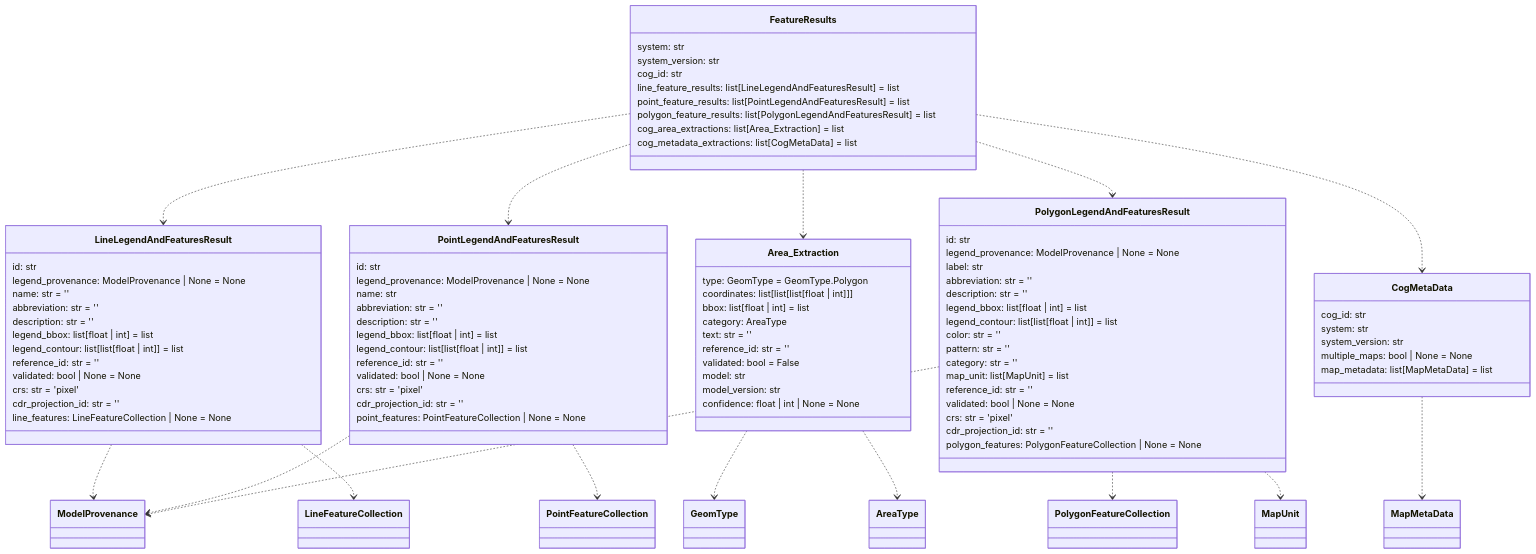
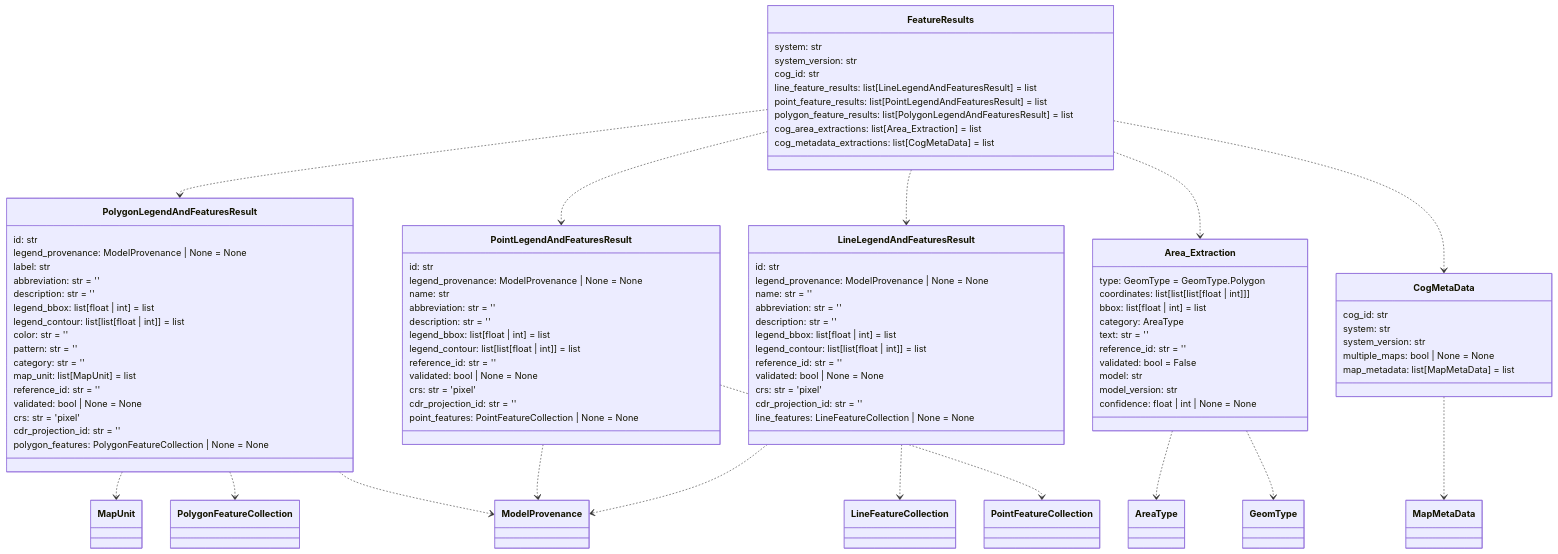
Before and after one commit to DARPA-CRITICALMAAS/cdr_schemas: the fourth of 14 diagrams in README.md, drawn with Mermaid. The commit also changed other lines of this file and 1 other file, not shown here.

````diff
--- a/README.md
+++ b/README.md
@@ -258,48 +258,5 @@
 ```mermaid
 classDiagram
-
-    class LineLegendAndFeaturesResult {
-        id: str
-        legend_provenance: ModelProvenance | None = None
-        name: str = ''
-        abbreviation: str = ''
-        description: str = ''
-        legend_bbox: list[float | int] = list
-        legend_contour: list[list[float | int]] = list
-        reference_id: str = ''
-        validated: bool | None = None
-        crs: str = 'pixel'
-        cdr_projection_id: str = ''
-        line_features: LineFeatureCollection | None = None
-    }
-
-    class Area_Extraction {
-        type: GeomType = GeomType.Polygon
-        coordinates: list[list[list[float | int]]]
-        bbox: list[float | int] = list
-        category: AreaType
-        text: str = ''
-        reference_id: str = ''
-        validated: bool = False
-        model: str
-        model_version: str
-        confidence: float | int | None = None
-    }
-
-    class PointLegendAndFeaturesResult {
-        id: str
-        legend_provenance: ModelProvenance | None = None
-        name: str
-        abbreviation: str = ''
-        description: str = ''
-        legend_bbox: list[float | int] = list
-        legend_contour: list[list[float | int]] = list
-        reference_id: str = ''
-        validated: bool | None = None
-        crs: str = 'pixel'
-        cdr_projection_id: str = ''
-        point_features: PointFeatureCollection | None = None
-    }
 
     class PolygonLegendAndFeaturesResult {
         id: str
@@ -320,12 +277,47 @@
         polygon_features: PolygonFeatureCollection | None = None
     }
 
-    class CogMetaData {
-        cog_id: str
-        system: str
-        system_version: str
-        multiple_maps: bool | None = None
-        map_metadata: list[MapMetaData] = list
+    class LineLegendAndFeaturesResult {
+        id: str
+        legend_provenance: ModelProvenance | None = None
+        name: str = ''
+        abbreviation: str = ''
+        description: str = ''
+        legend_bbox: list[float | int] = list
+        legend_contour: list[list[float | int]] = list
+        reference_id: str = ''
+        validated: bool | None = None
+        crs: str = 'pixel'
+        cdr_projection_id: str = ''
+        line_features: LineFeatureCollection | None = None
+    }
+
+    class PointLegendAndFeaturesResult {
+        id: str
+        legend_provenance: ModelProvenance | None = None
+        name: str
+        abbreviation: str = ''
+        description: str = ''
+        legend_bbox: list[float | int] = list
+        legend_contour: list[list[float | int]] = list
+        reference_id: str = ''
+        validated: bool | None = None
+        crs: str = 'pixel'
+        cdr_projection_id: str = ''
+        point_features: PointFeatureCollection | None = None
+    }
+
+    class Area_Extraction {
+        type: GeomType = GeomType.Polygon
+        coordinates: list[list[list[float | int]]]
+        bbox: list[float | int] = list
+        category: AreaType
+        text: str = ''
+        reference_id: str = ''
+        validated: bool = False
+        model: str
+        model_version: str
+        confidence: float | int | None = None
     }
 
     class FeatureResults {
@@ -339,20 +331,28 @@
         cog_metadata_extractions: list[CogMetaData] = list
     }
 
+    class CogMetaData {
+        cog_id: str
+        system: str
+        system_version: str
+        multiple_maps: bool | None = None
+        map_metadata: list[MapMetaData] = list
+    }
+
+    Area_Extraction ..> AreaType
     Area_Extraction ..> GeomType
-    Area_Extraction ..> AreaType
     LineLegendAndFeaturesResult ..> ModelProvenance
     LineLegendAndFeaturesResult ..> LineFeatureCollection
     PointLegendAndFeaturesResult ..> ModelProvenance
     PointLegendAndFeaturesResult ..> PointFeatureCollection
+    PolygonLegendAndFeaturesResult ..> ModelProvenance
+    PolygonLegendAndFeaturesResult ..> MapUnit
     PolygonLegendAndFeaturesResult ..> PolygonFeatureCollection
-    PolygonLegendAndFeaturesResult ..> MapUnit
-    PolygonLegendAndFeaturesResult ..> ModelProvenance
     CogMetaData ..> MapMetaData
+    FeatureResults ..> PolygonLegendAndFeaturesResult
     FeatureResults ..> LineLegendAndFeaturesResult
     FeatureResults ..> PointLegendAndFeaturesResult
     FeatureResults ..> Area_Extraction
-    FeatureResults ..> PolygonLegendAndFeaturesResult
     FeatureResults ..> CogMetaData
 
 
````
